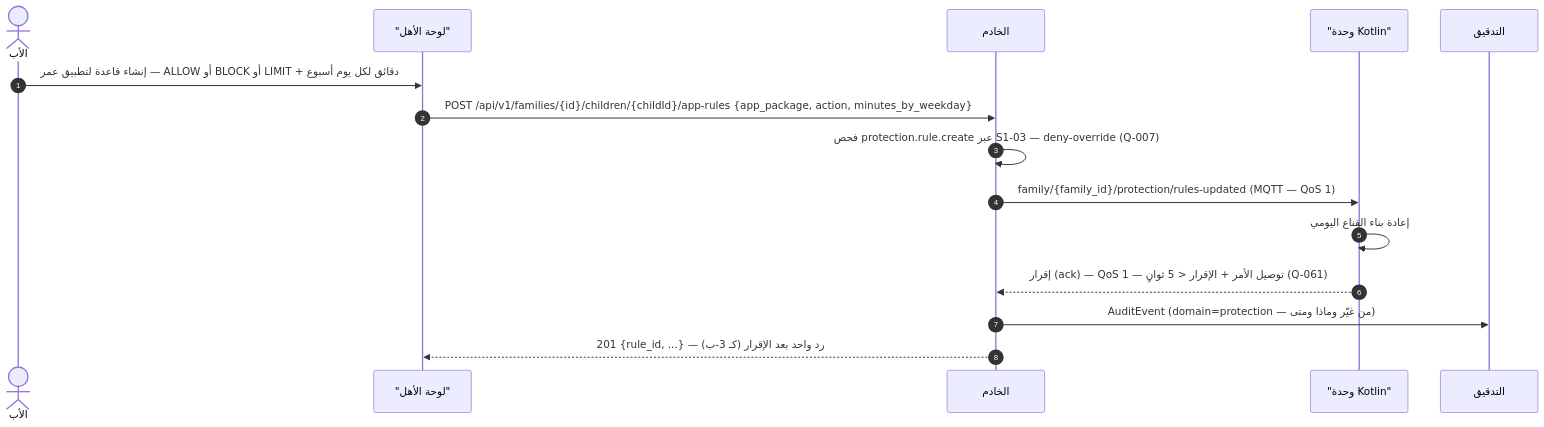
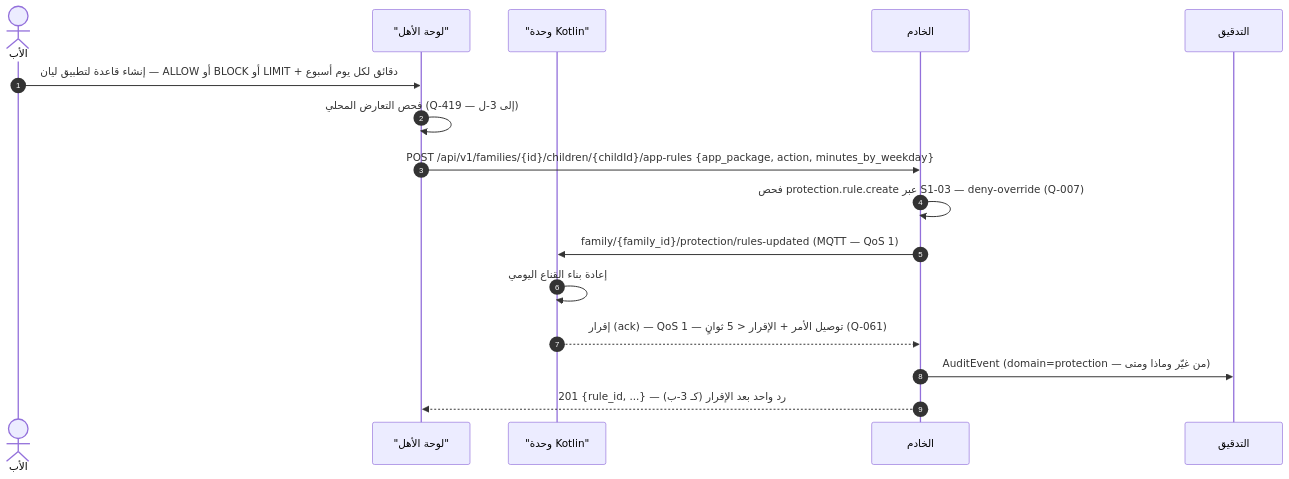
Before and after one commit to Bassam-mohammed-alqaeadi/family-os-v2: the fifth of 30 diagrams in docs/family-os/governance/phases/phase-1/S1-10-protection-and-enforcement/DIAGRAMS.md, drawn with Mermaid. The commit also changed other lines of this file, not shown here.

````diff
--- a/docs/family-os/governance/phases/phase-1/S1-10-protection-and-enforcement/DIAGRAMS.md
+++ b/docs/family-os/governance/phases/phase-1/S1-10-protection-and-enforcement/DIAGRAMS.md
@@ -288,17 +353,18 @@
 ```mermaid
 sequenceDiagram
     autonumber
     actor Father as الأب
     participant Flutter as "لوحة الأهل"
+    participant K as "وحدة Kotlin"
     participant Ktor as الخادم
-    participant K as "وحدة Kotlin"
     participant Audit as التدقيق
-    Father->>Flutter: إنشاء قاعدة لتطبيق عمر — ALLOW أو BLOCK أو LIMIT + دقائق لكل يوم أسبوع
+    Father->>Flutter: إنشاء قاعدة لتطبيق ليان — ALLOW أو BLOCK أو LIMIT + دقائق لكل يوم أسبوع
+    Flutter->>Flutter: فحص التعارض المحلي (Q-419 — إلى 3-ل)
     Flutter->>Ktor: POST /api/v1/families/{id}/children/{childId}/app-rules {app_package, action, minutes_by_weekday}
     Ktor->>Ktor: فحص protection.rule.create عبر S1-03 — deny-override (Q-007)
     Ktor->>K: family/{family_id}/protection/rules-updated (MQTT — QoS 1)
     K->>K: إعادة بناء القناع اليومي
     K-->>Ktor: إقرار (ack) — QoS 1 — توصيل الأمر + الإقرار < 5 ثوانٍ (Q-061)
     Ktor->>Audit: AuditEvent (domain=protection — من غيّر وماذا ومتى)
     Ktor-->>Flutter: 201 {rule_id, ...} — رد واحد بعد الإقرار (كـ 3-ب)
 ```
````
